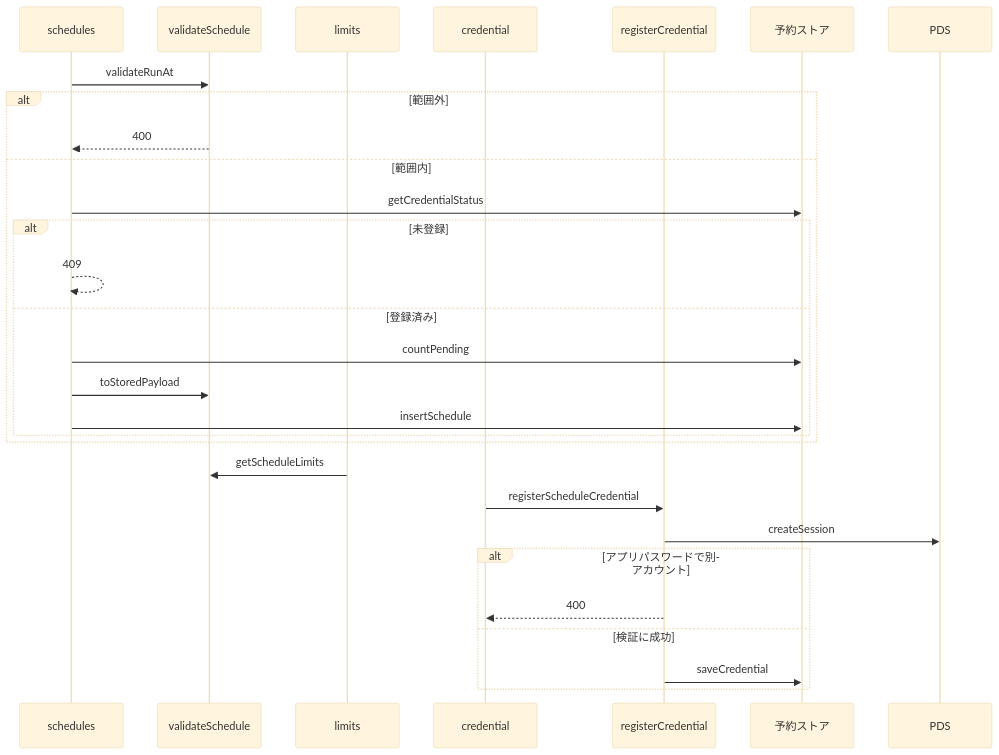
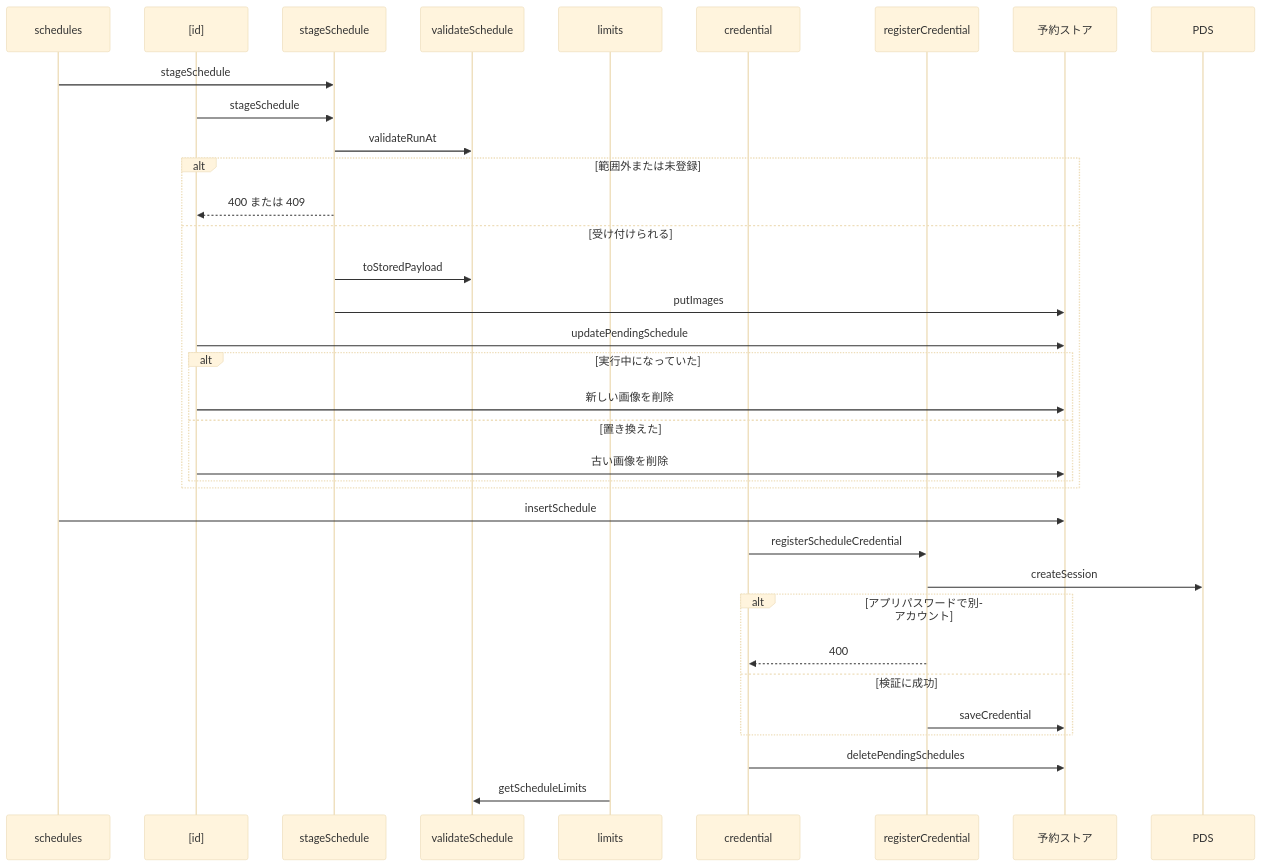
Before and after one commit to nekono-dev/skyshare: the third of 3 diagrams in specs/schedule-api/design.md, drawn with Mermaid (base theme). The commit also changed other lines of this file and 23 other files, not shown here.

````diff
--- a/specs/schedule-api/design.md
+++ b/specs/schedule-api/design.md
@@ -55,31 +73,37 @@
 ```mermaid
 sequenceDiagram
   participant schedules
+  participant id as [id]
+  participant stageSchedule
   participant validateSchedule
   participant limits
   participant credential
   participant registerCredential
   participant ext_store as 予約ストア
   participant ext_pds as PDS
-  schedules->>validateSchedule: validateRunAt
-  alt 範囲外
-    validateSchedule-->>schedules: 400
-  else 範囲内
-    schedules->>ext_store: getCredentialStatus
-    alt 未登録
-      schedules-->>schedules: 409
-    else 登録済み
-      schedules->>ext_store: countPending
-      schedules->>validateSchedule: toStoredPayload
-      schedules->>ext_store: insertSchedule
+  schedules->>stageSchedule: stageSchedule
+  id->>stageSchedule: stageSchedule
+  stageSchedule->>validateSchedule: validateRunAt
+  alt 範囲外または未登録
+    stageSchedule-->>id: 400 または 409
+  else 受け付けられる
+    stageSchedule->>validateSchedule: toStoredPayload
+    stageSchedule->>ext_store: putImages
+    id->>ext_store: updatePendingSchedule
+    alt 実行中になっていた
+      id->>ext_store: 新しい画像を削除
+    else 置き換えた
+      id->>ext_store: 古い画像を削除
     end
   end
-  limits->>validateSchedule: getScheduleLimits
+  schedules->>ext_store: insertSchedule
   credential->>registerCredential: registerScheduleCredential
   registerCredential->>ext_pds: createSession
   alt アプリパスワードで別アカウント
     registerCredential-->>credential: 400
   else 検証に成功
     registerCredential->>ext_store: saveCredential
   end
+  credential->>ext_store: deletePendingSchedules
+  limits->>validateSchedule: getScheduleLimits
 ```
````
